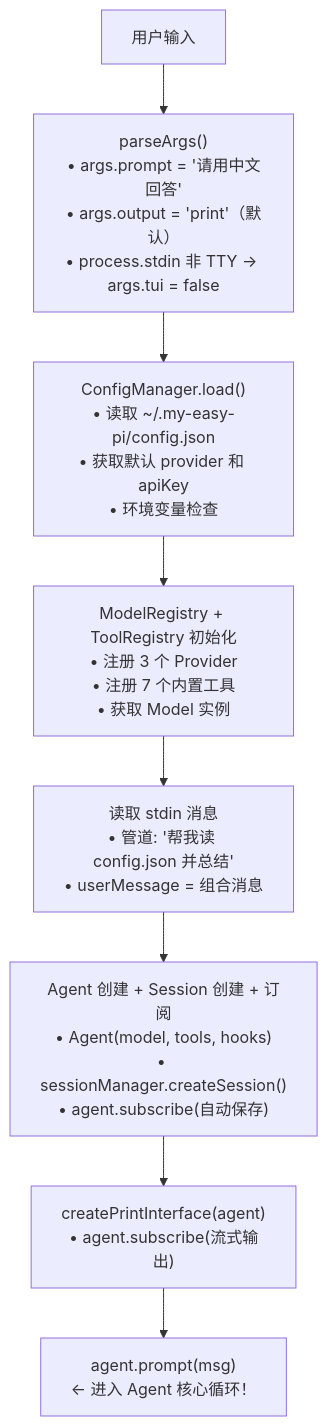
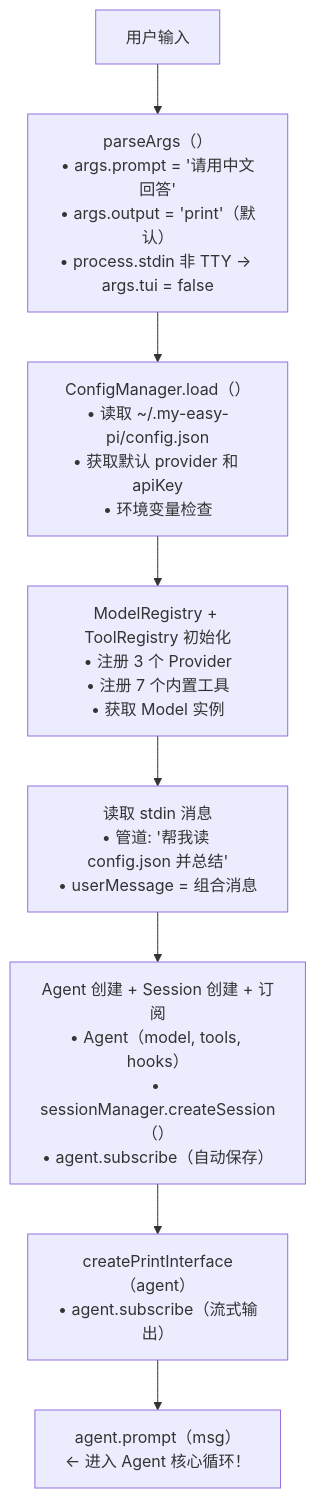
One commit to KNeegcyao/my-easy-pi changed the second of 12 diagrams in docs/09-putting-it-together/02-end-to-end-flow.md. Above: the diagram before and after it, drawn with Mermaid. The commit also changed other lines of this file and 25 other files, not shown here.

First line of the commit message:
fix: 修复 Mermaid 图表语法错误

````diff
--- a/docs/09-putting-it-together/02-end-to-end-flow.md
+++ b/docs/09-putting-it-together/02-end-to-end-flow.md
@@ -78,10 +78,10 @@
 ```mermaid
 flowchart TD
-    Input[用户输入] --> ParseArgs["parseArgs()<br/>• args.prompt = '请用中文回答'<br/>• args.output = 'print'（默认）<br/>• process.stdin 非 TTY → args.tui = false"]
-    ParseArgs --> ConfigLoad["ConfigManager.load()<br/>• 读取 ~/.my-easy-pi/config.json<br/>• 获取默认 provider 和 apiKey<br/>• 环境变量检查"]
+    Input[用户输入] --> ParseArgs["parseArgs（）<br/>• args.prompt = '请用中文回答'<br/>• args.output = 'print'（默认）<br/>• process.stdin 非 TTY → args.tui = false"]
+    ParseArgs --> ConfigLoad["ConfigManager.load（）<br/>• 读取 ~/.my-easy-pi/config.json<br/>• 获取默认 provider 和 apiKey<br/>• 环境变量检查"]
     ConfigLoad --> InitRegistry["ModelRegistry + ToolRegistry 初始化<br/>• 注册 3 个 Provider<br/>• 注册 7 个内置工具<br/>• 获取 Model 实例"]
     InitRegistry --> ReadStdin["读取 stdin 消息<br/>• 管道: '帮我读 config.json 并总结'<br/>• userMessage = 组合消息"]
-    ReadStdin --> CreateAgent["Agent 创建 + Session 创建 + 订阅<br/>• Agent(model, tools, hooks)<br/>• sessionManager.createSession()<br/>• agent.subscribe(自动保存)"]
-    CreateAgent --> PrintInterface["createPrintInterface(agent)<br/>• agent.subscribe(流式输出)"]
-    PrintInterface --> Prompt["agent.prompt(msg)<br/>← 进入 Agent 核心循环！"]
+    ReadStdin --> CreateAgent["Agent 创建 + Session 创建 + 订阅<br/>• Agent（model, tools, hooks）<br/>• sessionManager.createSession（）<br/>• agent.subscribe（自动保存）"]
+    CreateAgent --> PrintInterface["createPrintInterface（agent）<br/>• agent.subscribe（流式输出）"]
+    PrintInterface --> Prompt["agent.prompt（msg）<br/>← 进入 Agent 核心循环！"]
 ```
````
